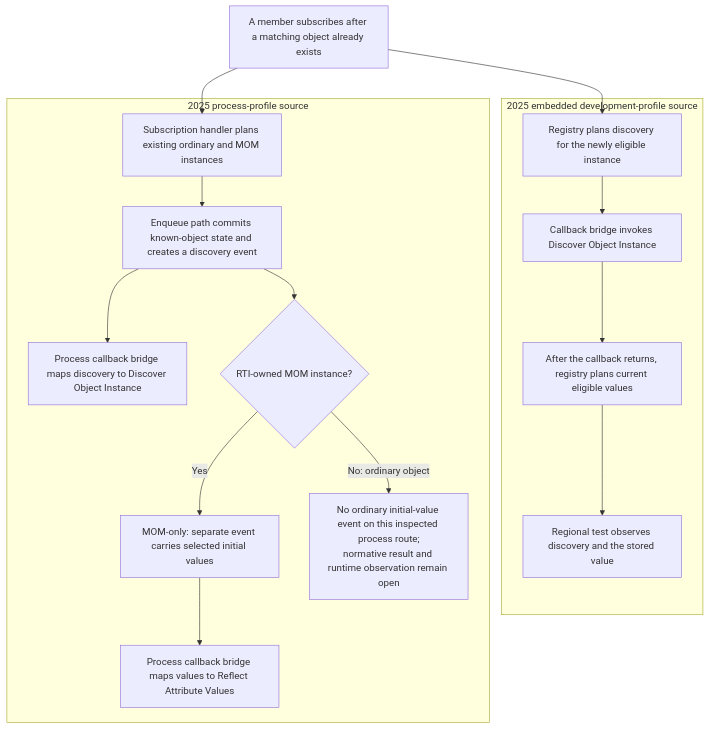
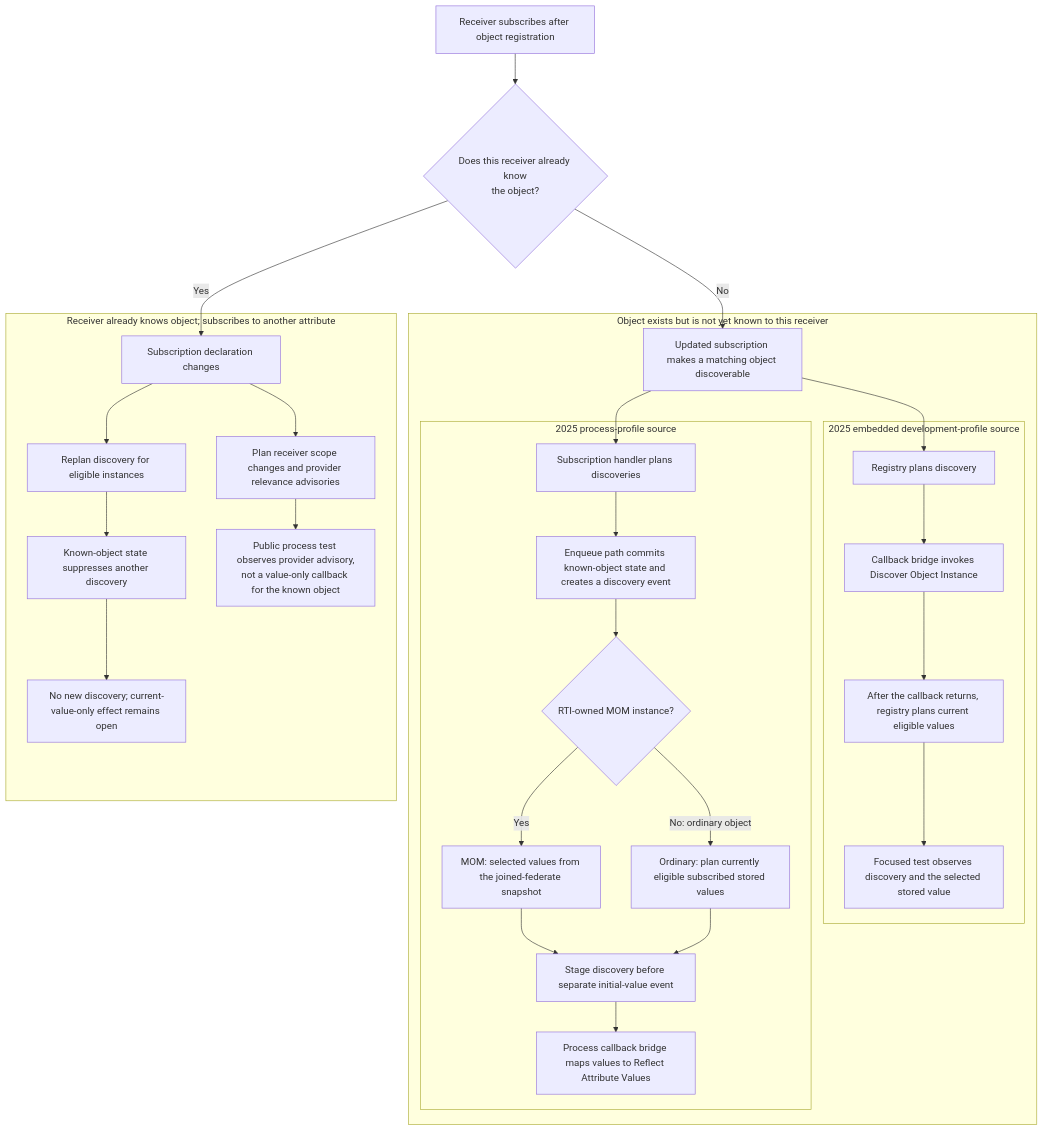
One commit to sheepfling/umbra changed the seventh of 8 diagrams in docs/design/HLA-2025-OBJECT-ATTRIBUTE-SUBSCRIPTION-STATE-FLOW-GUIDE.md. Above: the diagram before and after it, drawn with Mermaid. The commit also changed other lines of this file and 668 other files, not shown here.

````diff
--- a/docs/design/HLA-2025-OBJECT-ATTRIBUTE-SUBSCRIPTION-STATE-FLOW-GUIDE.md
+++ b/docs/design/HLA-2025-OBJECT-ATTRIBUTE-SUBSCRIPTION-STATE-FLOW-GUIDE.md
@@ -464,27 +596,46 @@
 ```mermaid
 flowchart TD
-  LATE["A member subscribes after a matching object already exists"]
-  subgraph EMBEDDED["2025 embedded development-profile source"]
-    EPLAN["Registry plans discovery for the newly eligible instance"]
-    EDISC["Callback bridge invokes Discover Object Instance"]
-    EVALUES["After the callback returns, registry plans current eligible values"]
-    ETEST["Regional test observes discovery and the stored value"]
-    EPLAN --> EDISC --> EVALUES --> ETEST
+  SUB["Receiver subscribes after object registration"]
+  KNOWS{"Does this receiver already know<br/>the object?"}
+  SUB --> KNOWS
+
+  subgraph NEW["Object exists but is not yet known to this receiver"]
+    ELIGIBLE["Updated subscription makes a matching object discoverable"]
+    subgraph EMBEDDED["2025 embedded development-profile source"]
+      EPLAN["Registry plans discovery"]
+      EDISC["Callback bridge invokes Discover Object Instance"]
+      EVALUES["After the callback returns, registry plans current eligible values"]
+      ETEST["Focused test observes discovery and the selected stored value"]
+      EPLAN --> EDISC --> EVALUES --> ETEST
+    end
+    subgraph PROCESS["2025 process-profile source"]
+      PPLAN["Subscription handler plans discoveries"]
+      PDISC["Enqueue path commits known-object state and creates a discovery event"]
+      PKIND{"RTI-owned MOM instance?"}
+      PMOM["MOM: selected values from the joined-federate snapshot"]
+      POBJECT["Ordinary: plan currently eligible subscribed stored values"]
+      PORDER["Stage discovery before separate initial-value event"]
+      PREFLECT["Process callback bridge maps values to Reflect Attribute Values"]
+      PPLAN --> PDISC --> PKIND
+      PKIND -->|"Yes"| PMOM --> PORDER
+      PKIND -->|"No: ordinary object"| POBJECT --> PORDER
+      PORDER --> PREFLECT
+    end
+    ELIGIBLE --> EPLAN
+    ELIGIBLE --> PPLAN
   end
-  subgraph PROCESS["2025 process-profile source"]
-    PPLAN["Subscription handler plans existing ordinary and MOM instances"]
-    PDISC["Enqueue path commits known-object state and creates a discovery event"]
-    PBRIDGE["Process callback bridge maps discovery to Discover Object Instance"]
-    PKIND{"RTI-owned MOM instance?"}
-    PMOM["MOM-only: separate event carries selected initial values"]
-    PREFLECT["Process callback bridge maps values to Reflect Attribute Values"]
-    POPEN["No ordinary initial-value event on this inspected process route;<br/>normative result and runtime observation remain open"]
-    PPLAN --> PDISC --> PBRIDGE
-    PDISC --> PKIND
-    PKIND -->|"Yes"| PMOM
-    PMOM --> PREFLECT
-    PKIND -->|"No: ordinary object"| POPEN
+
+  subgraph KNOWN["Receiver already knows object; subscribes to another attribute"]
+    CHANGE["Subscription declaration changes"]
+    EFFECTS["Plan receiver scope changes and provider relevance advisories"]
+    REPLAN["Replan discovery for eligible instances"]
+    SKIP["Known-object state suppresses another discovery"]
+    VALUEOPEN["No new discovery; current-value-only effect remains open"]
+    ADVTEST["Public process test observes provider advisory,<br/>not a value-only callback for the known object"]
+    CHANGE --> EFFECTS
+    CHANGE --> REPLAN --> SKIP --> VALUEOPEN
+    EFFECTS --> ADVTEST
   end
-  LATE --> EPLAN
-  LATE --> PPLAN
+  KNOWS -->|"No"| ELIGIBLE
+  KNOWS -->|"Yes"| CHANGE
 ```
````
